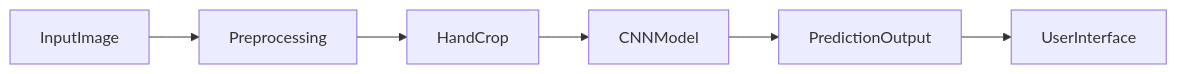
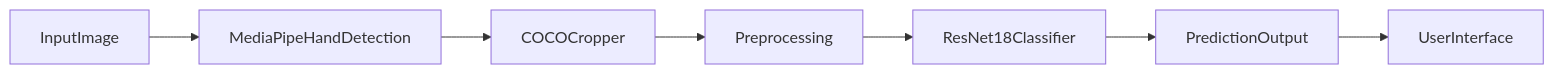
Before and after one commit to Megadast/CSCI4050-machine-learning: the diagram in Readme.md, drawn with Mermaid. The commit also changed other lines of this file, not shown here.

````diff
--- a/Readme.md
+++ b/Readme.md
@@ -36,8 +39,9 @@
 ```mermaid
 flowchart LR
-InputImage --> Preprocessing
-Preprocessing --> HandCrop
-HandCrop --> CNNModel
-CNNModel --> PredictionOutput
+InputImage --> MediaPipeHandDetection
+MediaPipeHandDetection --> COCOCropper
+COCOCropper --> Preprocessing
+Preprocessing --> ResNet18Classifier
+ResNet18Classifier --> PredictionOutput
 PredictionOutput --> UserInterface
 ```
````
